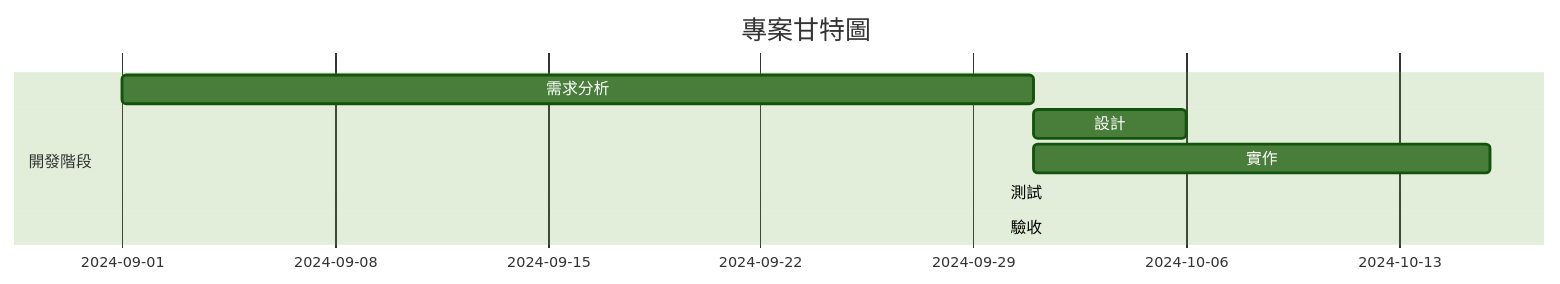
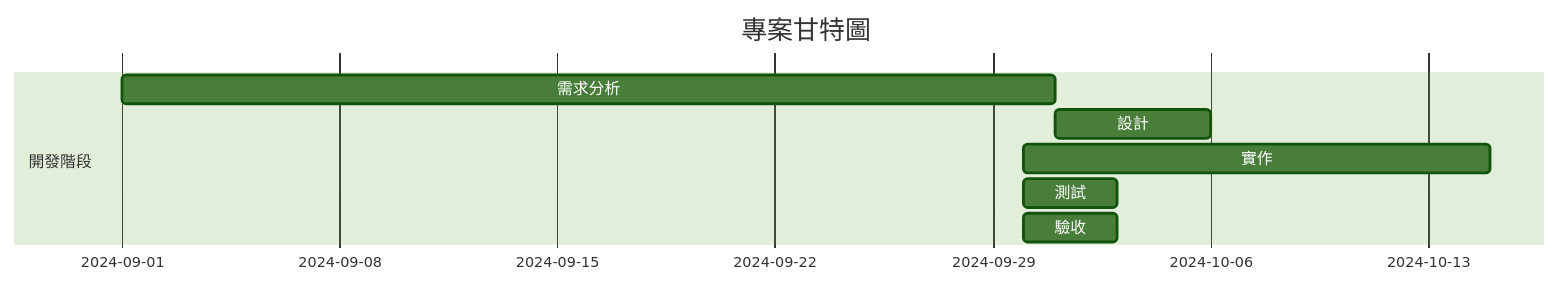
Before and after one commit to gino2066/-: the first of 2 diagrams in README.md, drawn with Mermaid (forest theme).

````diff
--- a/README.md
+++ b/README.md
@@ -14,12 +14,12 @@
 ```mermaid
  gantt
     title 專案甘特圖
     dateFormat  YYYY-MM-DD
     section 開發階段
     需求分析      :a1, 2024-09-01, 30d
     設計          :after a1, 5d
-    實作          :after a1, 15d
-    測試          :after a3, 3d  %% 測試應該在實作之後進行
-    驗收          :after a4, 3d  %% 驗收應該在測試之後進行
+    實作          :after a2, 15d
+    測試          :after a3, 3d  
+    驗收          :after a4, 3d  
 
 ```
````
